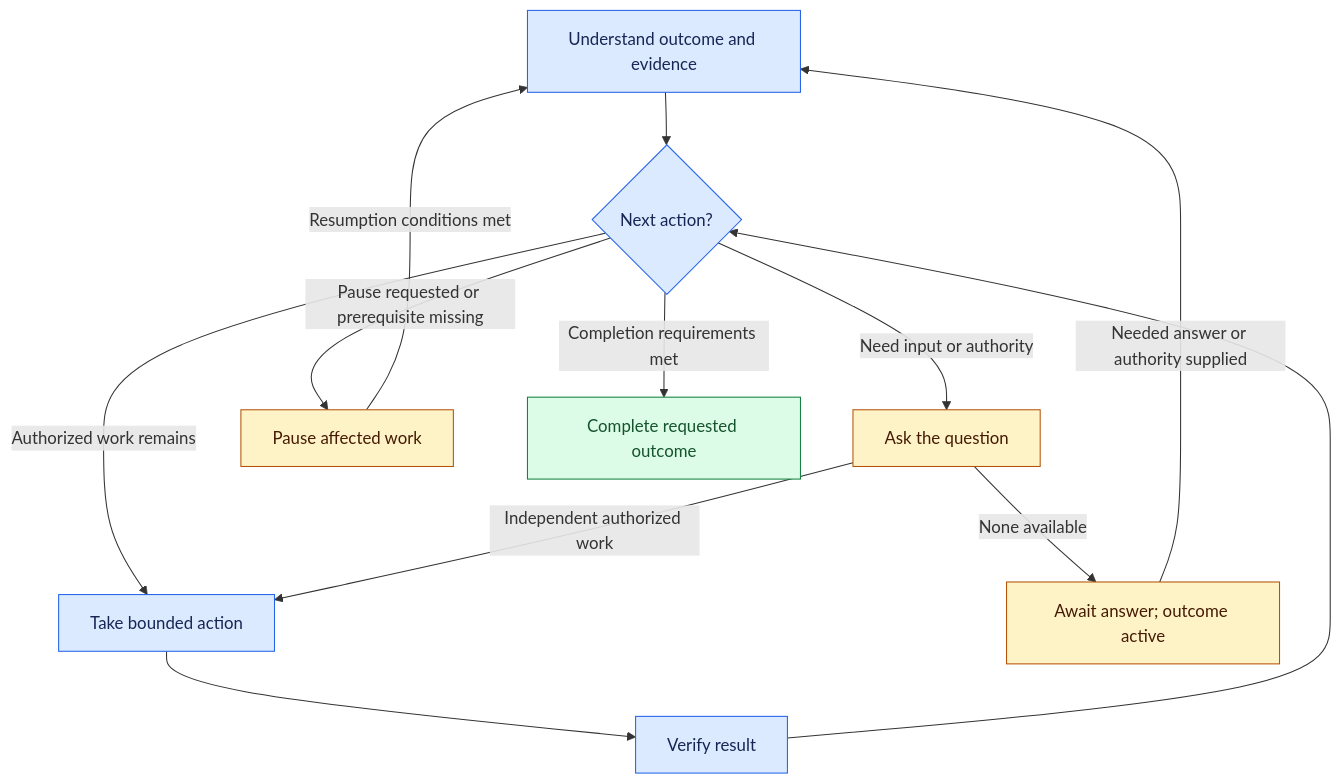
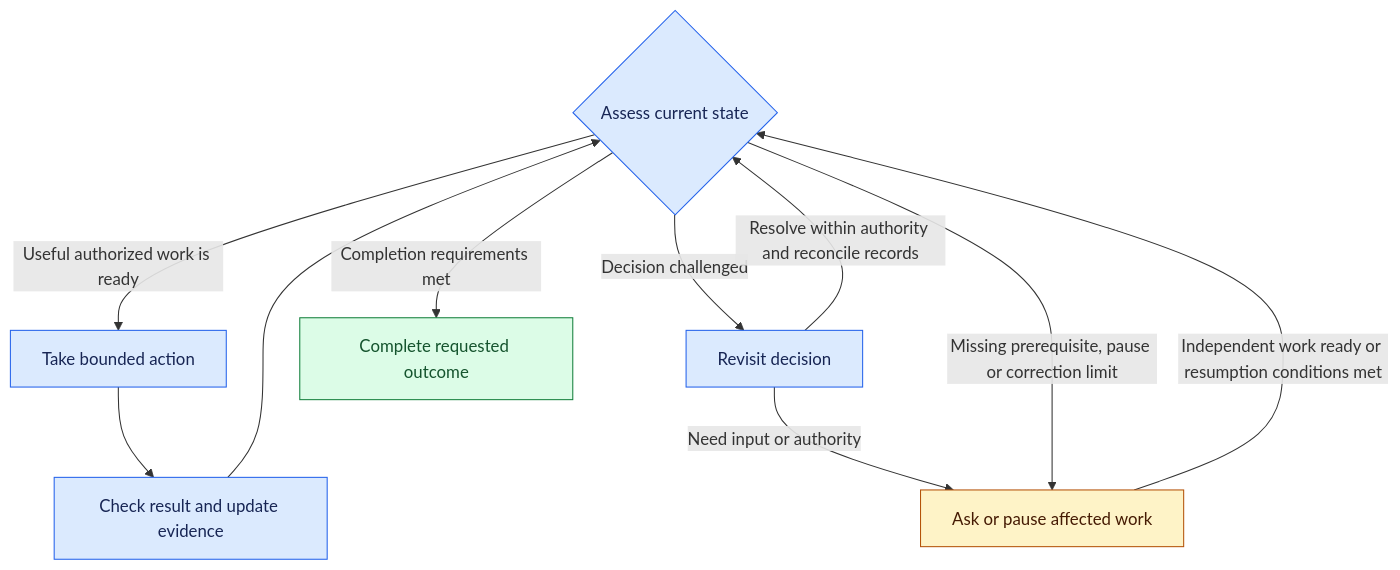
The diagram in README.md (Lusona/ai-skills), drawn with Mermaid before and after one commit. The commit also changed other lines of this file and 6 other files, not shown here.

````diff
--- a/README.md
+++ b/README.md
@@ -173,21 +174,20 @@
 ```mermaid
 flowchart TD
-    Understand[Understand outcome and evidence] --> Assess{Next action?}
-    Assess -->|Authorized work remains| Act[Take bounded action]
-    Act --> Check[Verify result]
+    Assess{Assess current state}
+    Assess -->|Useful authorized work is ready| Act[Take bounded action]
+    Act --> Check[Check result and update evidence]
     Check --> Assess
-    Assess -->|Need input or authority| Ask[Ask the question]
-    Ask -->|Independent authorized work| Act
-    Ask -->|None available| Wait[Await answer; outcome active]
-    Wait -->|Needed answer or authority supplied| Understand
-    Assess -->|Pause requested or prerequisite missing| Pause[Pause affected work]
-    Pause -->|Resumption conditions met| Understand
+    Assess -->|Decision challenged| Revise[Revisit decision]
+    Revise -->|Resolve within authority and reconcile records| Assess
+    Revise -->|Need input or authority| Blocked[Ask or pause affected work]
+    Assess -->|Missing prerequisite, pause or correction limit| Blocked
+    Blocked -->|Independent work ready or resumption conditions met| Assess
     Assess -->|Completion requirements met| Done[Complete requested outcome]
 
     classDef work fill:#dbeafe,stroke:#2563eb,color:#172554
     classDef input fill:#fef3c7,stroke:#b45309,color:#451a03
     classDef complete fill:#dcfce7,stroke:#15803d,color:#14532d
-    class Understand,Assess,Act,Check work
-    class Ask,Wait,Pause input
+    class Assess,Act,Check,Revise work
+    class Blocked input
     class Done complete
 ```
````
